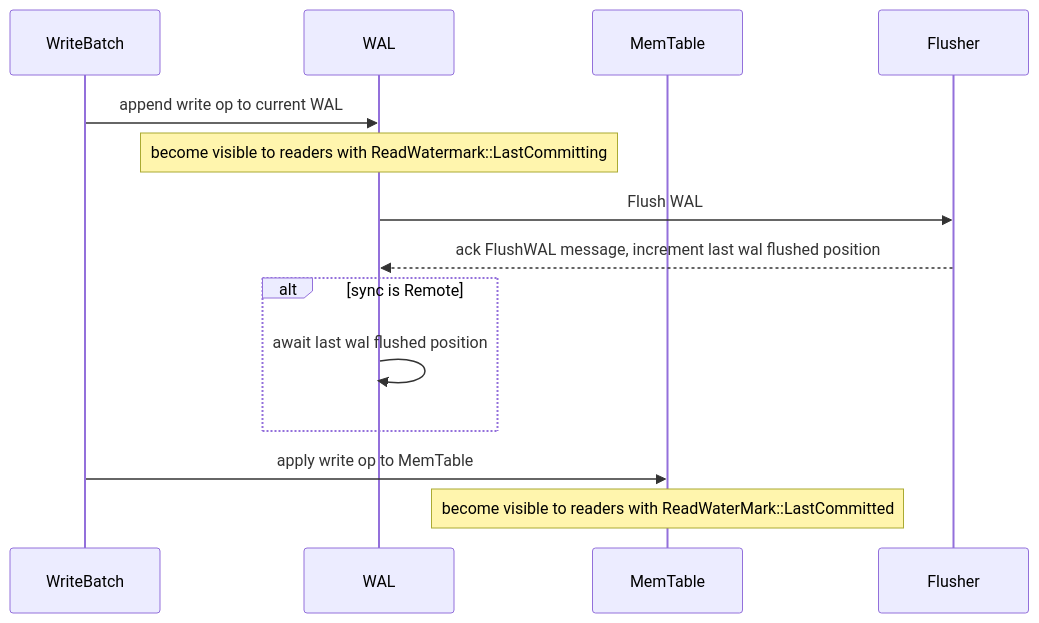
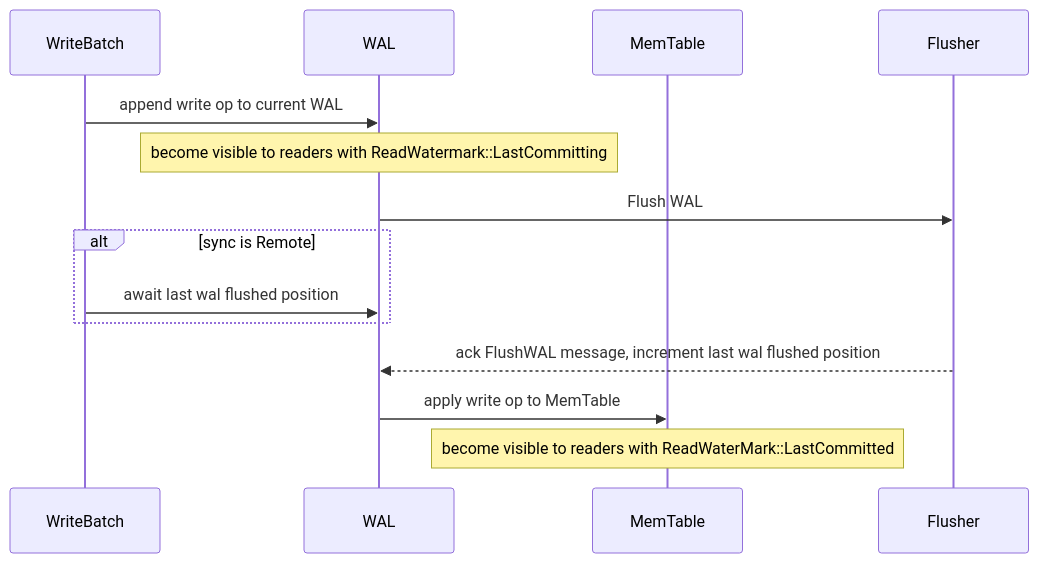
One commit to slatedb/slatedb changed the third of 4 diagrams in rfcs/0007-synchronous-commit.md. Above: the diagram before and after it, drawn with Mermaid. The commit also changed other lines of this file, not shown here.

Commit message:
add implementation about no wal

````diff
--- a/rfcs/0007-synchronous-commit.md
+++ b/rfcs/0007-synchronous-commit.md
@@ -329,19 +329,20 @@
 ```mermaid
 sequenceDiagram
     participant WriteBatch
     participant WAL
     participant MemTable
     participant Flusher
 
     WriteBatch->>WAL: append write op to current WAL
     Note over WAL: become visible to readers with ReadWatermark::LastCommitting
 
     WAL->>Flusher: Flush WAL
-    Flusher-->>WAL: ack FlushWAL message, increment last wal flushed position
     alt sync is Remote
-        WAL->>WAL: await last wal flushed position
+        WriteBatch->>WAL: await last wal flushed position
     end
 
-    WriteBatch->>MemTable: apply write op to MemTable
+    Flusher-->>WAL: ack FlushWAL message, increment last wal flushed position
+
+    WAL->>MemTable: apply write op to MemTable
     Note over MemTable: become visible to readers with ReadWaterMark::LastCommitted 
 ```
````
